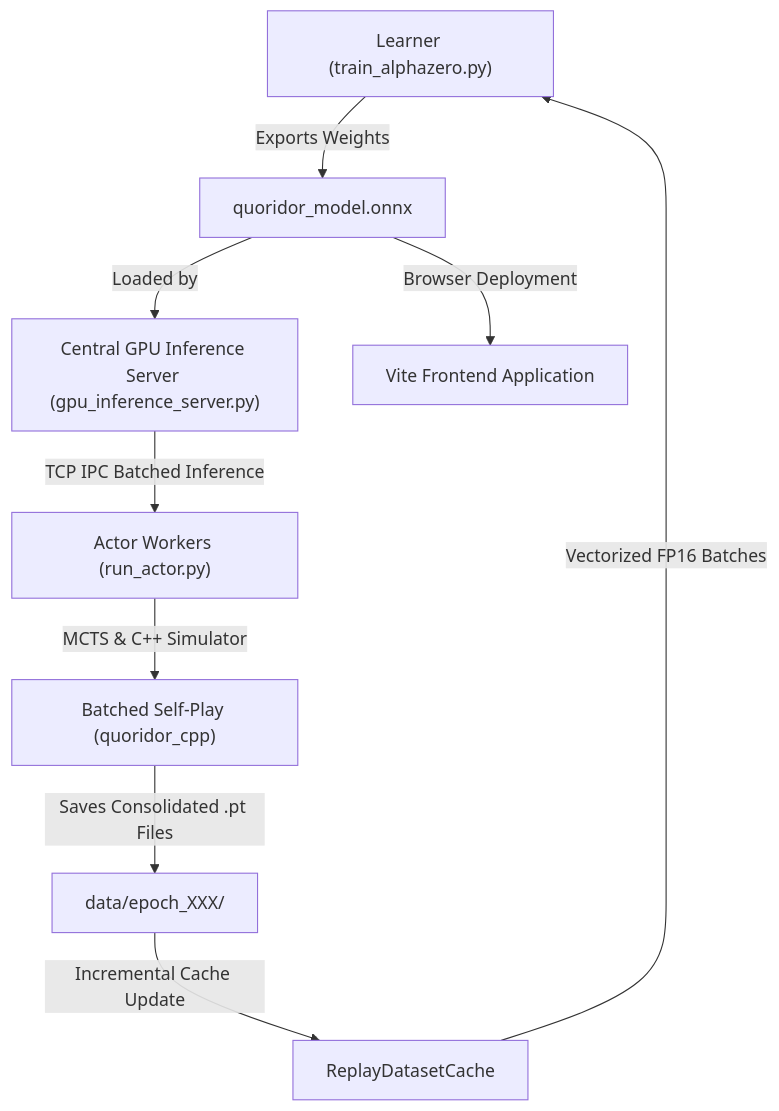
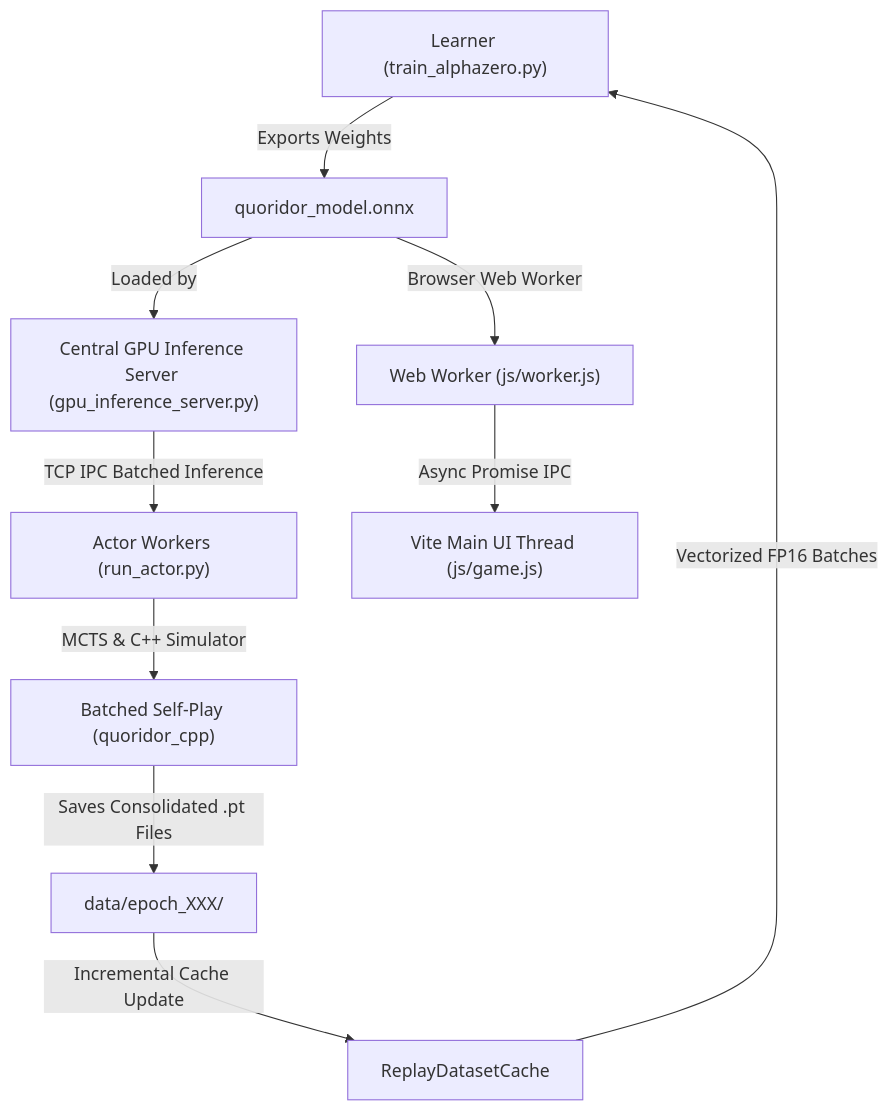
One commit to OuiHui/Quoridor changed the diagram in docs/architecture.md. Above: the diagram before and after it, drawn with Mermaid. The commit also changed other lines of this file and 7 other files, not shown here.

````diff
--- a/docs/architecture.md
+++ b/docs/architecture.md
@@ -11,11 +11,12 @@
 ```mermaid
 graph TD
     A["Learner (train_alphazero.py)"] -->|Exports Weights| B["quoridor_model.onnx"]
     B -->|Loaded by| S["Central GPU Inference Server (gpu_inference_server.py)"]
     S -->|TCP IPC Batched Inference| C["Actor Workers (run_actor.py)"]
     C -->|MCTS & C++ Simulator| D["Batched Self-Play (quoridor_cpp)"]
     D -->|Saves Consolidated .pt Files| E["data/epoch_XXX/"]
     E -->|Incremental Cache Update| F["ReplayDatasetCache"]
     F -->|Vectorized FP16 Batches| A
-    B -->|Browser Deployment| G["Vite Frontend Application"]
+    B -->|Browser Web Worker| G["Web Worker (js/worker.js)"]
+    G -->|Async Promise IPC| H["Vite Main UI Thread (js/game.js)"]
 ```
````
